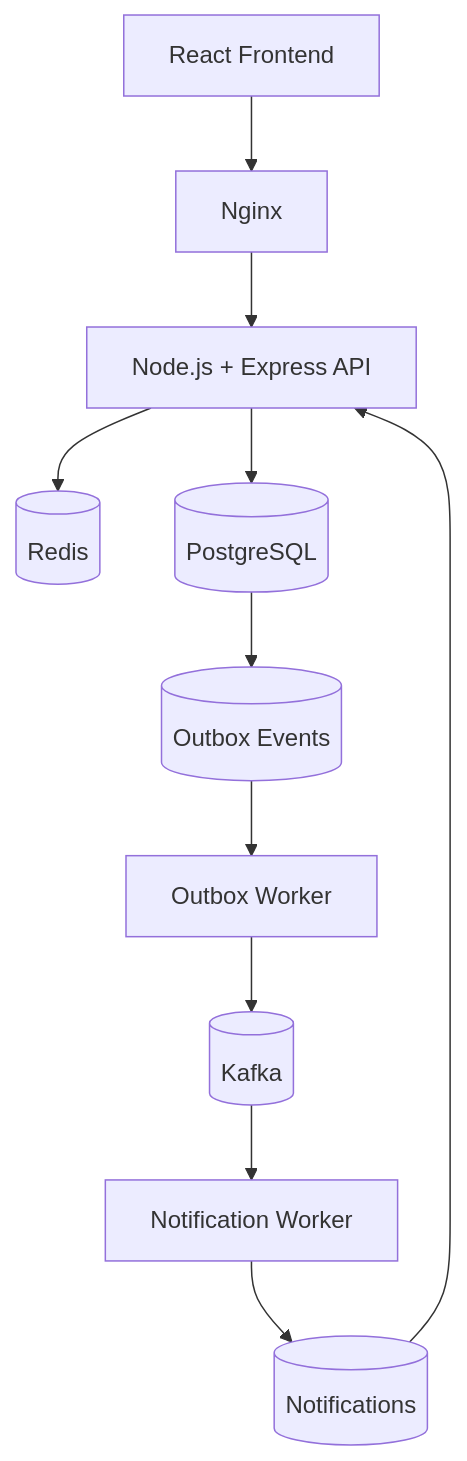
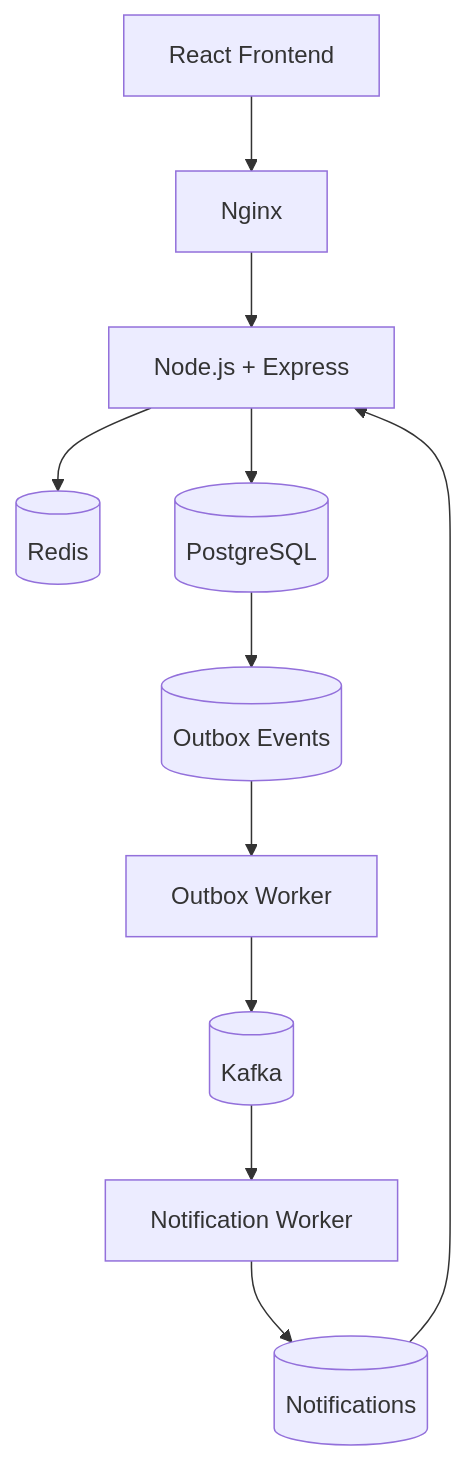
One commit to VarunGaikwad-tech/reliable-payment-processing-platform changed the diagram in README.md. Above: the diagram before and after it, drawn with Mermaid. The commit also changed other lines of this file, not shown here.

````diff
--- a/README.md
+++ b/README.md
@@ -39,29 +13,27 @@
 ```mermaid
 flowchart TD
-
     Client[React Frontend]
     Nginx[Nginx]
-    API[Node.js + Express API]
+    API[Node.js + Express]
 
     Redis[(Redis)]
     PostgreSQL[(PostgreSQL)]
-
     Outbox[(Outbox Events)]
     OutboxWorker[Outbox Worker]
     Kafka[(Kafka)]
     NotificationWorker[Notification Worker]
     Notifications[(Notifications)]
 
     Client --> Nginx
     Nginx --> API
 
     API --> Redis
     API --> PostgreSQL
 
     PostgreSQL --> Outbox
     Outbox --> OutboxWorker
     OutboxWorker --> Kafka
     Kafka --> NotificationWorker
     NotificationWorker --> Notifications
     Notifications --> API
 ```
````
